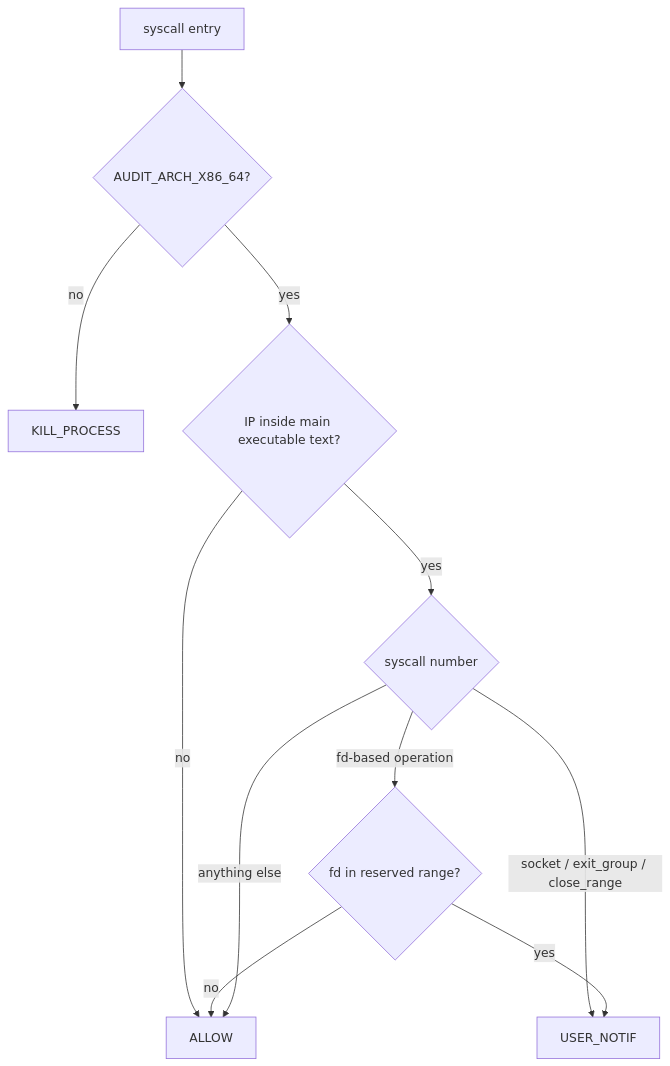
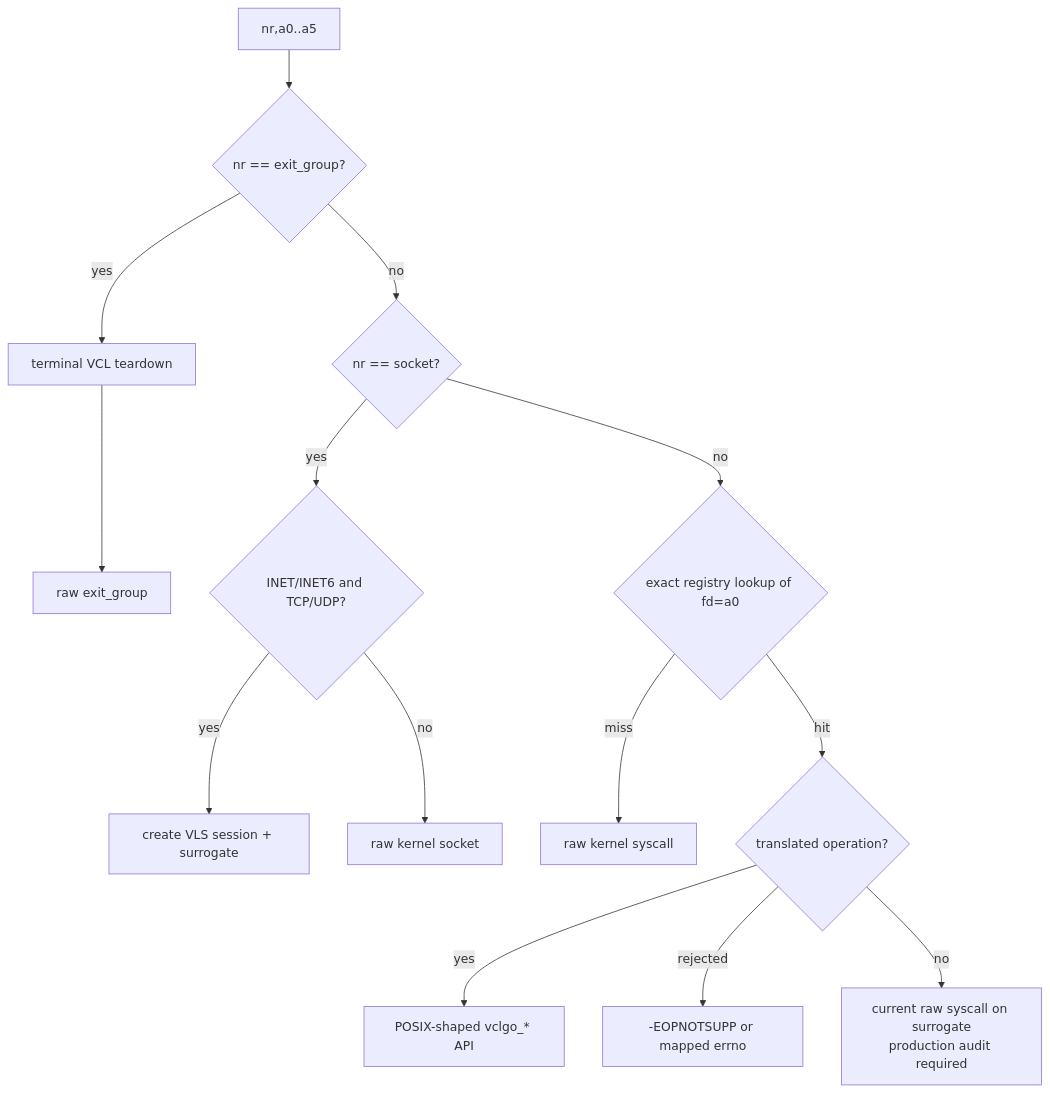
One commit to aritrbas/vclgo changed the fifth of 18 diagrams in docs/architecture_diagrams.md. Above: the diagram before and after it, drawn with Mermaid. The commit also changed other lines of this file and 32 other files, not shown here.

````diff
--- a/docs/architecture_diagrams.md
+++ b/docs/architecture_diagrams.md
@@ -78,13 +347,15 @@
-```mermaid
+~~~mermaid
 flowchart TD
-    S["syscall entry"] --> ARCH{"AUDIT_ARCH_X86_64?"}
-    ARCH -- no --> KILL["KILL_PROCESS"]
-    ARCH -- yes --> IP{"IP inside main executable text?"}
-    IP -- no --> ALLOW["ALLOW"]
-    IP -- yes --> NR{"syscall number"}
-    NR -- socket / exit_group / close_range --> NOTIFY["USER_NOTIF"]
-    NR -- fd-based operation --> RANGE{"fd in reserved range?"}
-    RANGE -- no --> ALLOW
-    RANGE -- yes --> NOTIFY
-    NR -- anything else --> ALLOW
-```
+    E["nr,a0..a5"] --> EXIT{"nr == exit_group?"}
+    EXIT -- yes --> TD["terminal VCL teardown"] --> KE["raw exit_group"]
+    EXIT -- no --> SOCK{"nr == socket?"}
+    SOCK -- yes --> ROUTE{"INET/INET6 and TCP/UDP?"}
+    ROUTE -- yes --> VC["create VLS session + surrogate"]
+    ROUTE -- no --> KR["raw kernel socket"]
+    SOCK -- no --> OWN{"exact registry lookup of fd=a0"}
+    OWN -- miss --> RAW["raw kernel syscall"]
+    OWN -- hit --> OP{"translated operation?"}
+    OP -- yes --> API["POSIX-shaped vclgo_* API"]
+    OP -- rejected --> ERR["-EOPNOTSUPP or mapped errno"]
+    OP -- no --> SUR["current raw syscall on surrogate<br/>production audit required"]
+~~~
````
